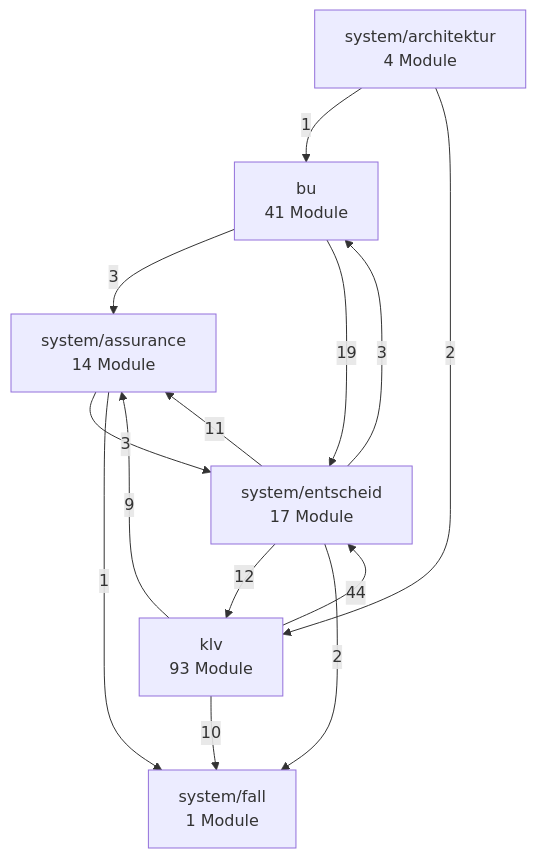
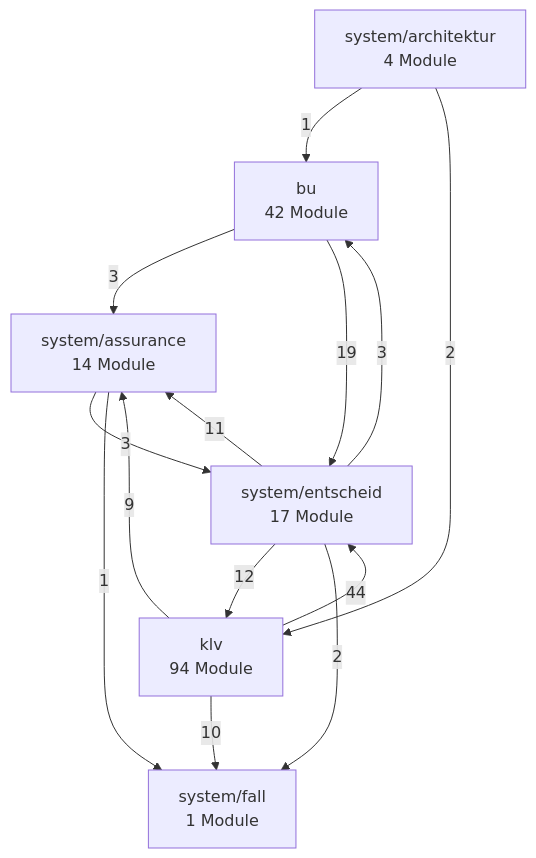
Before and after one commit to bartlmac/rechner-pipeline: the second of 3 diagrams in docs/architektur/landkarte.md, drawn with Mermaid. The commit also changed other lines of this file and 7 other files, not shown here.

````diff
--- a/docs/architektur/landkarte.md
+++ b/docs/architektur/landkarte.md
@@ -78,23 +78,23 @@
 ```mermaid
 %% Fachknoten — erzeugt von ontologie.landkarte
 flowchart TD
-    bu["bu<br/>41 Module"]
-    klv["klv<br/>93 Module"]
+    bu["bu<br/>42 Module"]
+    klv["klv<br/>94 Module"]
     system_architektur["system/architektur<br/>4 Module"]
     system_assurance["system/assurance<br/>14 Module"]
     system_entscheid["system/entscheid<br/>17 Module"]
     system_fall["system/fall<br/>1 Module"]
     bu -- 3 --> system_assurance
     bu -- 19 --> system_entscheid
     klv -- 9 --> system_assurance
     klv -- 44 --> system_entscheid
     klv -- 10 --> system_fall
     system_architektur -- 1 --> bu
     system_architektur -- 2 --> klv
     system_assurance -- 3 --> system_entscheid
     system_assurance -- 1 --> system_fall
     system_entscheid -- 3 --> bu
     system_entscheid -- 12 --> klv
     system_entscheid -- 11 --> system_assurance
     system_entscheid -- 2 --> system_fall
 ```
````
